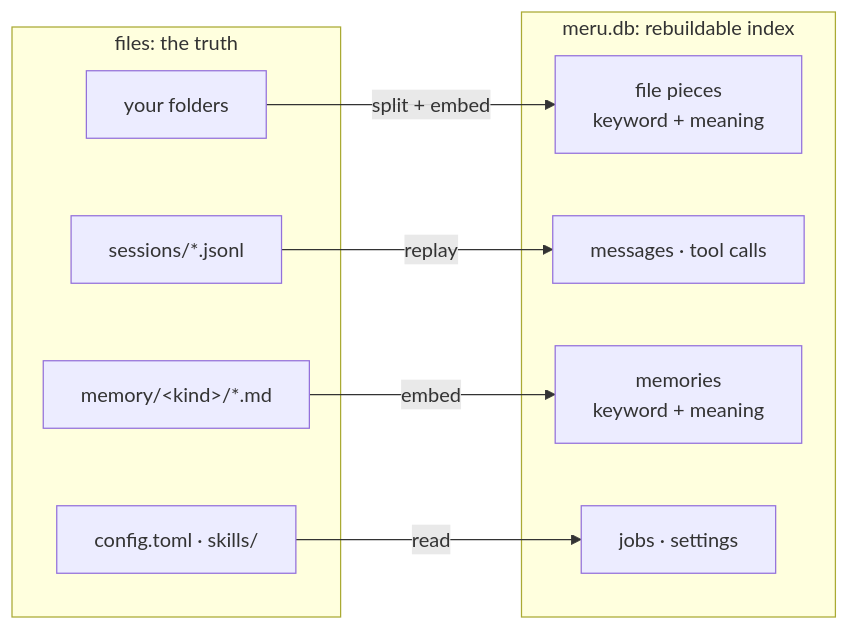
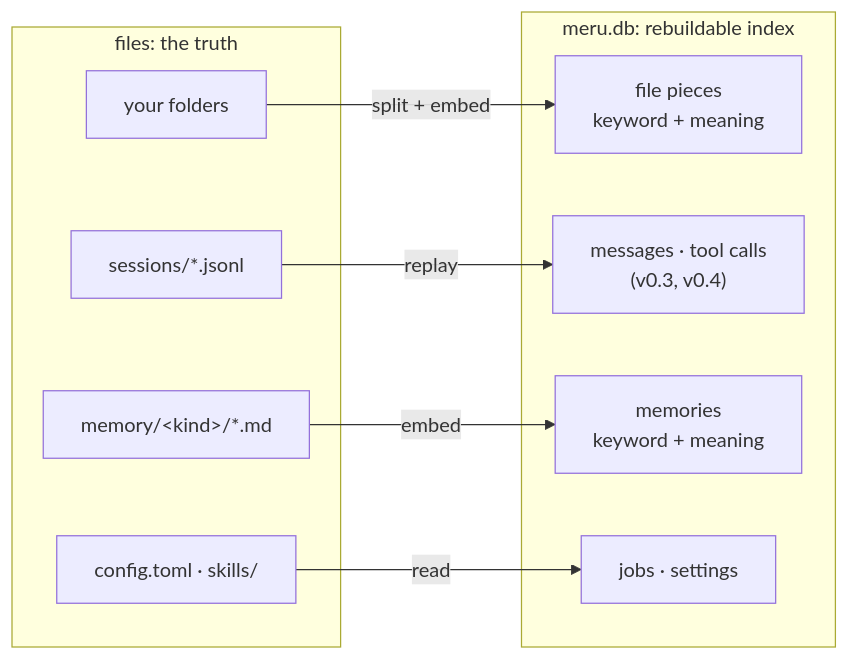
The third of 5 diagrams in docs/architecture/200.md (aarora79/meru), drawn with Mermaid before and after one commit. The commit also changed other lines of this file and 20 other files, not shown here.

````diff
--- a/docs/architecture/200.md
+++ b/docs/architecture/200.md
@@ -245,19 +254,19 @@
 ```mermaid
 flowchart LR
     subgraph truth["files: the truth"]
         F["your folders"]
         SE["sessions/*.jsonl"]
         ME["memory/&lt;kind&gt;/*.md"]
         CF["config.toml · skills/"]
     end
     subgraph idx["meru.db: rebuildable index"]
         CH["file pieces<br/>keyword + meaning"]
-        MS["messages · tool calls"]
+        MS["messages · tool calls<br/>(v0.3, v0.4)"]
         MM["memories<br/>keyword + meaning"]
         JB["jobs · settings"]
     end
     F -- "split + embed" --> CH
     SE -- "replay" --> MS
     ME -- "embed" --> MM
     CF -- "read" --> JB
 ```
````
